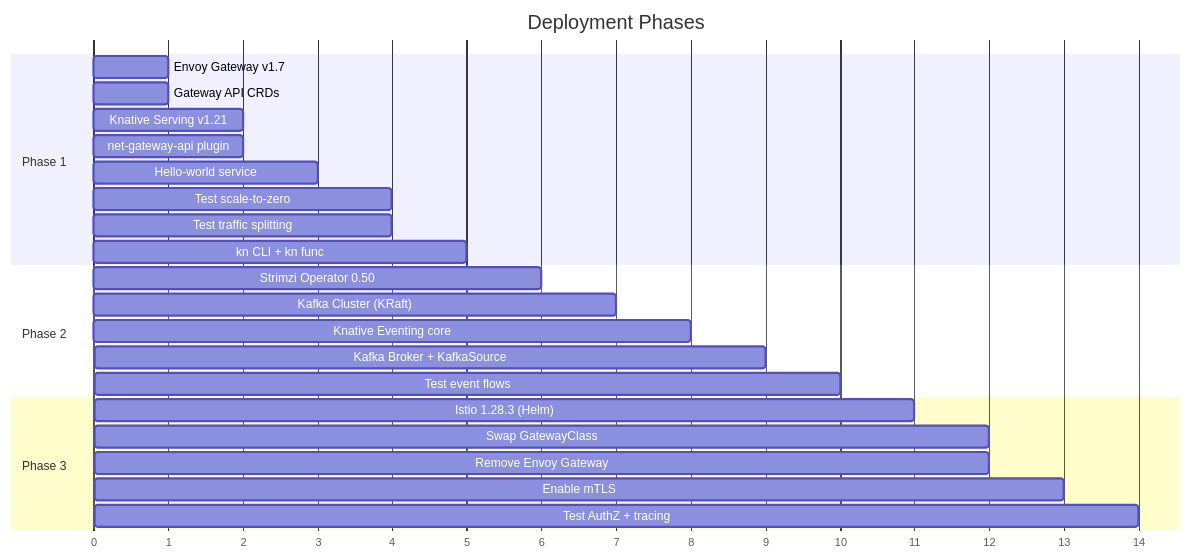
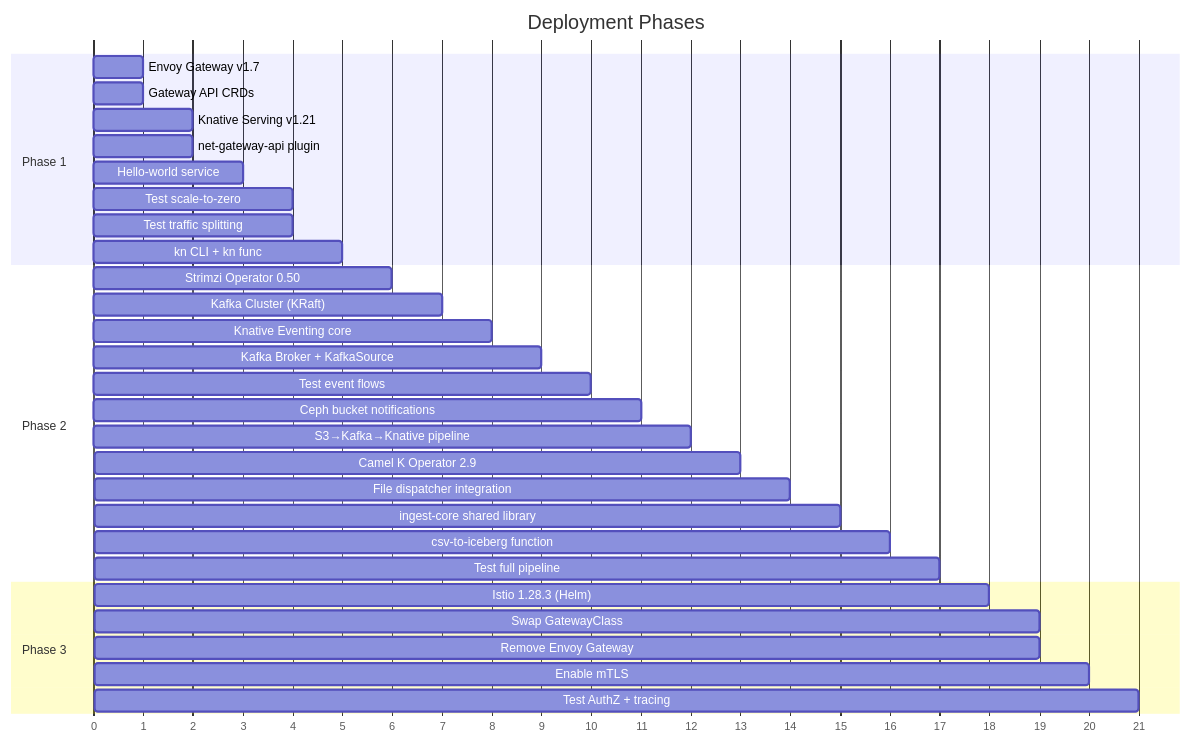
The first of 5 diagrams in components/events/docs/IMPLEMENTATION-PLAN.md (rammi-dev/data-k8s-playground), drawn with Mermaid before and after one commit. The commit also changed other lines of this file and 10 other files, not shown here.

````diff
--- a/components/events/docs/IMPLEMENTATION-PLAN.md
+++ b/components/events/docs/IMPLEMENTATION-PLAN.md
@@ -21,30 +21,37 @@
 ```mermaid
 gantt
     title Deployment Phases
     dateFormat X
     axisFormat %s
 
     section Phase 1
     Envoy Gateway v1.7           :p1a, 0, 1
     Gateway API CRDs             :p1b, 0, 1
     Knative Serving v1.21        :p1c, 1, 2
     net-gateway-api plugin       :p1d, 1, 2
     Hello-world service          :p1e, 2, 3
     Test scale-to-zero           :p1f, 3, 4
     Test traffic splitting       :p1g, 3, 4
     kn CLI + kn func             :p1h, 4, 5
 
     section Phase 2
     Strimzi Operator 0.50        :p2a, 5, 6
     Kafka Cluster (KRaft)        :p2b, 6, 7
     Knative Eventing core        :p2c, 7, 8
     Kafka Broker + KafkaSource   :p2d, 8, 9
     Test event flows             :p2e, 9, 10
+    Ceph bucket notifications    :p2f, 10, 11
+    S3→Kafka→Knative pipeline    :p2g, 11, 12
+    Camel K Operator 2.9         :p2h, 12, 13
+    File dispatcher integration  :p2i, 13, 14
+    ingest-core shared library   :p2j, 14, 15
+    csv-to-iceberg function      :p2k, 15, 16
+    Test full pipeline           :p2l, 16, 17
 
     section Phase 3
-    Istio 1.28.3 (Helm)         :p3a, 10, 11
-    Swap GatewayClass            :p3b, 11, 12
-    Remove Envoy Gateway         :p3c, 11, 12
-    Enable mTLS                  :p3d, 12, 13
-    Test AuthZ + tracing         :p3e, 13, 14
+    Istio 1.28.3 (Helm)         :p3a, 17, 18
+    Swap GatewayClass            :p3b, 18, 19
+    Remove Envoy Gateway         :p3c, 18, 19
+    Enable mTLS                  :p3d, 19, 20
+    Test AuthZ + tracing         :p3e, 20, 21
 ```
````
